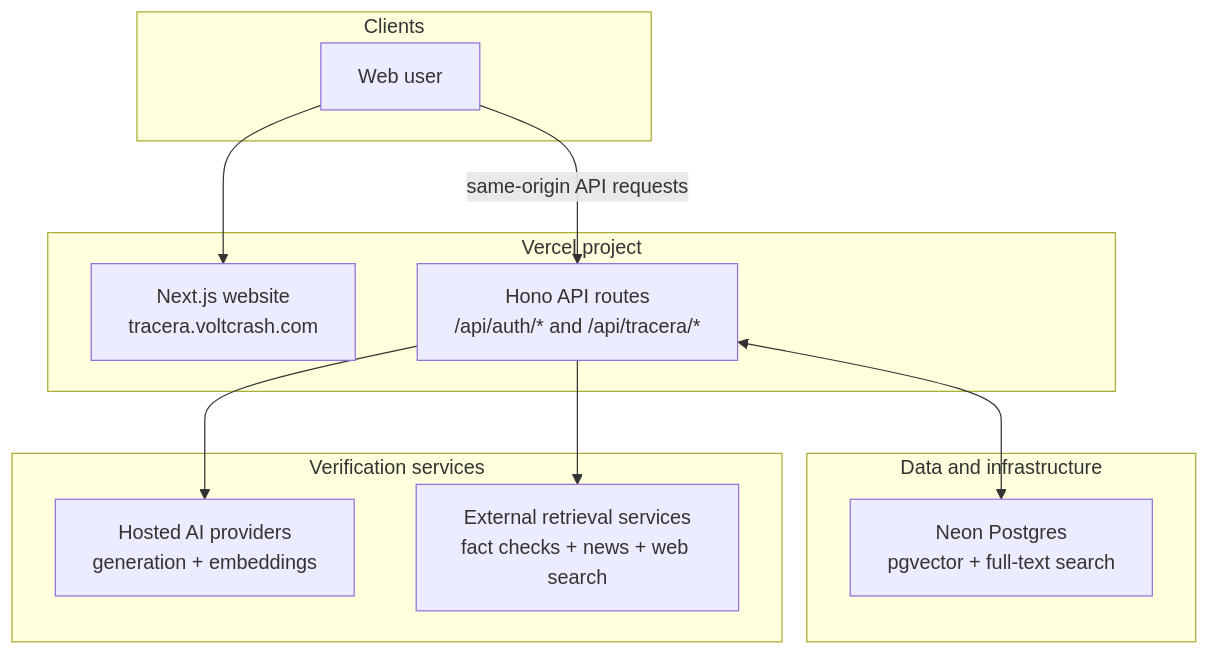
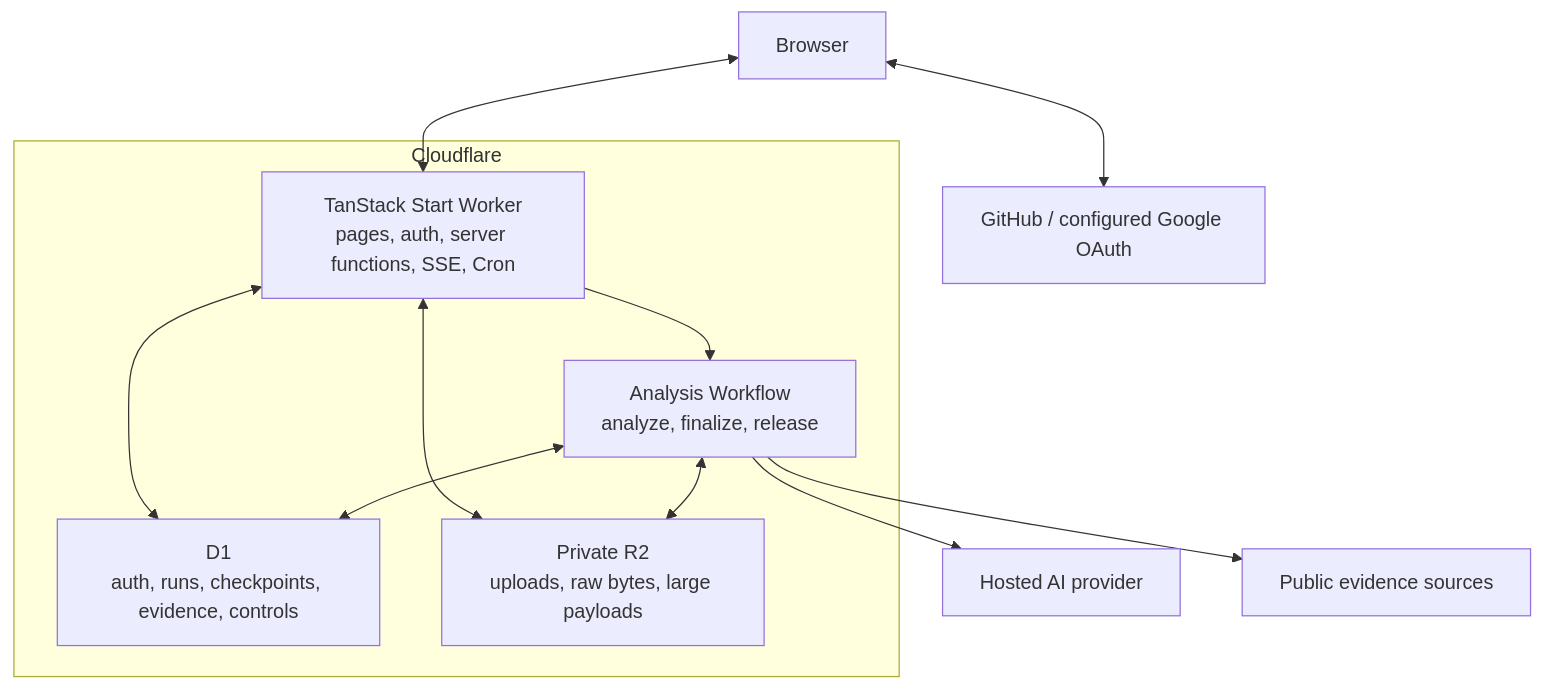
One commit to voltcrash/tracera changed the diagram in README.md. Above: the diagram before and after it, drawn with Mermaid. The commit also changed other lines of this file, not shown here.

Commit message:
docs: describe the Worker architecture and D1 stack

````diff
--- a/README.md
+++ b/README.md
@@ -81,26 +60,22 @@
 ```mermaid
 flowchart TB
-    subgraph Clients
-        User["Web user"]
+    Browser["Browser"]
+    subgraph Cloudflare["Cloudflare"]
+        Worker["TanStack Start Worker<br/>pages, auth, server functions, SSE, Cron"]
+        Workflow["Analysis Workflow<br/>analyze, finalize, release"]
+        D1["D1<br/>auth, runs, checkpoints, evidence, controls"]
+        R2["Private R2<br/>uploads, raw bytes, large payloads"]
     end
-
-    subgraph Vercel["Vercel project"]
-        Website["Next.js website<br/>tracera.voltcrash.com"]
-        Routes["Hono API routes<br/>/api/auth/* and /api/tracera/*"]
-    end
-
-    subgraph Data["Data and infrastructure"]
-        Neon["Neon Postgres<br/>pgvector + full-text search"]
-    end
-
-    subgraph Intelligence["Verification services"]
-        AI["Hosted AI providers<br/>generation + embeddings"]
-        Retrieval["External retrieval services<br/>fact checks + news + web search"]
-    end
-
-    User --> Website
-    User -->|same-origin API requests| Routes
-    Routes <--> Neon
-    Routes --> AI
-    Routes --> Retrieval
+    OAuth["GitHub / configured Google OAuth"]
+    AI["Hosted AI provider"]
+    Evidence["Public evidence sources"]
+    Browser <--> Worker
+    Browser <--> OAuth
+    Worker <--> D1
+    Worker <--> R2
+    Worker --> Workflow
+    Workflow <--> D1
+    Workflow <--> R2
+    Workflow --> AI
+    Workflow --> Evidence
 ```
````
